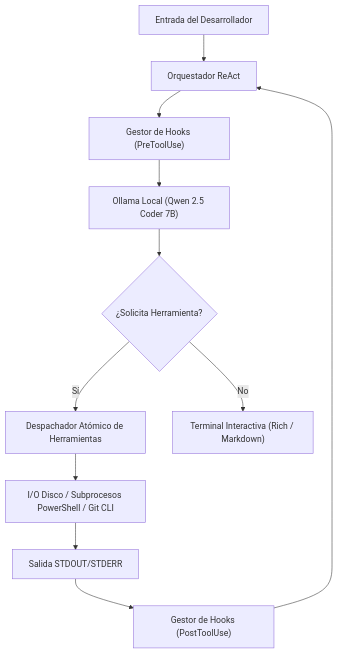
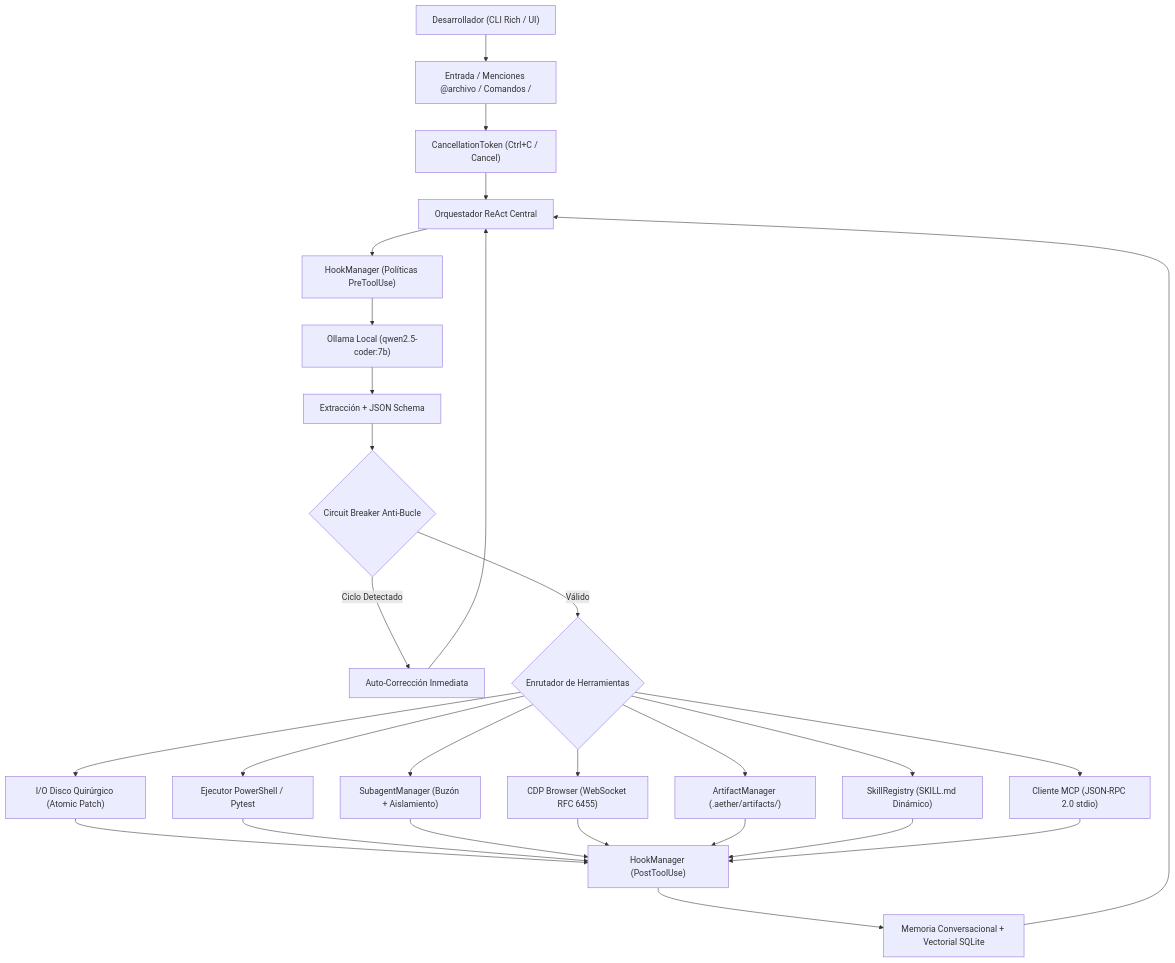
Before and after one commit to cristianhar/aether-agent: the diagram in README.es.md, drawn with Mermaid. The commit also changed other lines of this file and 1 other file, not shown here.

````diff
--- a/README.es.md
+++ b/README.es.md
@@ -54,13 +99,28 @@
 ```mermaid
 flowchart TD
-    User["Entrada del Desarrollador"] --> Orch["Orquestador ReAct"]
-    Orch --> Hooks["Gestor de Hooks (PreToolUse)"]
-    Hooks --> LLM["Ollama Local (Qwen 2.5 Coder 7B)"]
-    LLM --> Decision{"¿Solicita Herramienta?"}
-    Decision -- Sí --> ToolExec["Despachador Atómico de Herramientas"]
-    ToolExec --> SysOps["I/O Disco / Subprocesos PowerShell / Git CLI"]
-    SysOps --> Feedback["Salida STDOUT/STDERR"]
-    Feedback --> HooksPost["Gestor de Hooks (PostToolUse)"]
-    HooksPost --> Orch
-    Decision -- No --> FinalResp["Terminal Interactiva (Rich / Markdown)"]
+    User["Desarrollador (CLI Rich / UI)"] --> InputHandler["Entrada / Menciones @archivo / Comandos /"]
+    InputHandler --> CancelToken["CancellationToken (Ctrl+C / Cancel)"]
+    CancelToken --> Orch["Orquestador ReAct Central"]
+    
+    Orch --> HookPre["HookManager (Políticas PreToolUse)"]
+    HookPre --> LLM["Ollama Local (qwen2.5-coder:7b)"]
+    
+    LLM --> ThoughtParser["Extracción <thought> + JSON Schema"]
+    ThoughtParser --> CircuitBreaker{"Circuit Breaker Anti-Bucle"}
+    
+    CircuitBreaker -- Ciclo Detectado --> FeedbackLoop["Auto-Corrección Inmediata"]
+    CircuitBreaker -- Válido --> ToolRouter{"Enrutador de Herramientas"}
+    
+    ToolRouter --> FileOps["I/O Disco Quirúrgico (Atomic Patch)"]
+    ToolRouter --> ShellOps["Ejecutor PowerShell / Pytest"]
+    ToolRouter --> Subagents["SubagentManager (Buzón + Aislamiento)"]
+    ToolRouter --> CDPBrowser["CDP Browser (WebSocket RFC 6455)"]
+    ToolRouter --> Artifacts["ArtifactManager (.aether/artifacts/)"]
+    ToolRouter --> Skills["SkillRegistry (SKILL.md Dinámico)"]
+    ToolRouter --> MCP["Cliente MCP (JSON-RPC 2.0 stdio)"]
+    
+    FileOps & ShellOps & Subagents & CDPBrowser & Artifacts & Skills & MCP --> HookPost["HookManager (PostToolUse)"]
+    HookPost --> Memory["Memoria Conversacional + Vectorial SQLite"]
+    Memory --> Orch
+    FeedbackLoop --> Orch
 ```
````
